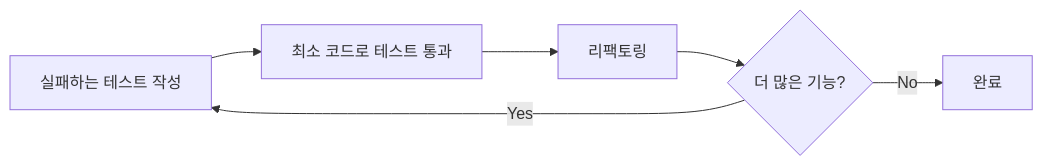
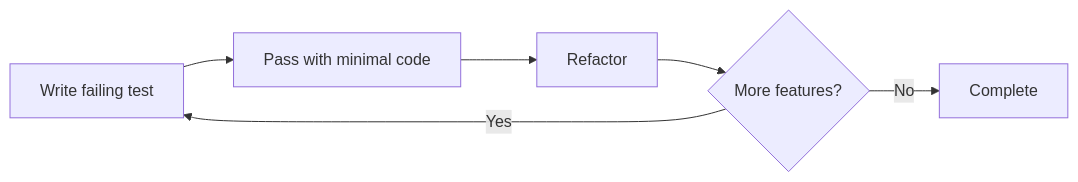
Before and after one commit to wickedev/regrafter: diagram 11 of 13 in .claude/specs/jsx-extract/design.md, drawn with Mermaid. The commit also changed other lines of this file and 86 other files, not shown here.

````diff
--- a/.claude/specs/jsx-extract/design.md
+++ b/.claude/specs/jsx-extract/design.md
@@ -1010,8 +1010,8 @@
 ```mermaid
 flowchart LR
-    A[실패하는 테스트 작성] --> B[최소 코드로 테스트 통과]
-    B --> C[리팩토링]
-    C --> D{더 많은 기능?}
+    A[Write failing test] --> B[Pass with minimal code]
+    B --> C[Refactor]
+    C --> D{More features?}
     D -->|Yes| A
-    D -->|No| E[완료]
+    D -->|No| E[Complete]
 ```
````
